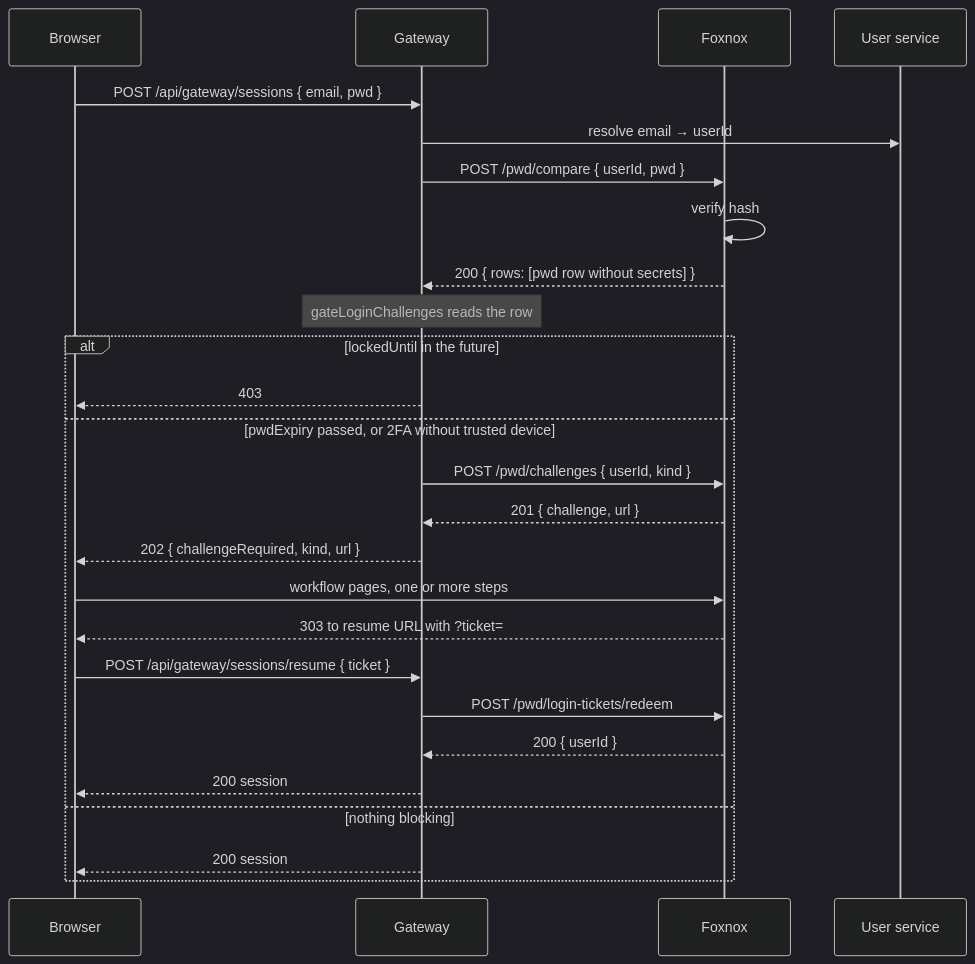
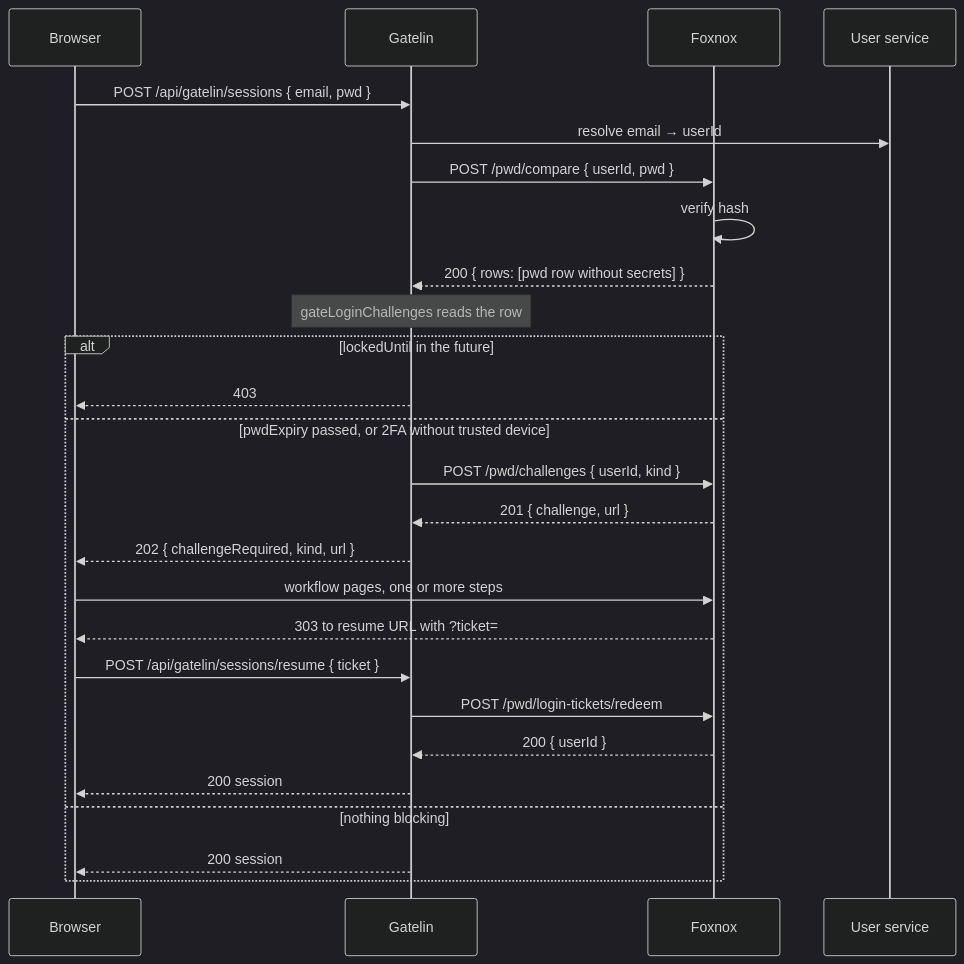
Before and after one commit to ALTEN-group/Foxnox: the diagram in website/docs/guide/architecture.md, drawn with Mermaid (dark theme). The commit also changed other lines of this file and 88 other files, not shown here.

````diff
--- a/website/docs/guide/architecture.md
+++ b/website/docs/guide/architecture.md
@@ -92,31 +101,31 @@
 ```mermaid
 sequenceDiagram
     participant B as Browser
-    participant G as Gateway
+    participant G as Gatelin
     participant F as Foxnox
     participant U as User service
 
-    B->>G: POST /api/gateway/sessions { email, pwd }
+    B->>G: POST /api/gatelin/sessions { email, pwd }
     G->>U: resolve email → userId
     G->>F: POST /pwd/compare { userId, pwd }
     F->>F: verify hash
     F-->>G: 200 { rows: [pwd row without secrets] }
 
     Note over G: gateLoginChallenges reads the row
 
     alt lockedUntil in the future
         G-->>B: 403
     else pwdExpiry passed, or 2FA without trusted device
         G->>F: POST /pwd/challenges { userId, kind }
         F-->>G: 201 { challenge, url }
         G-->>B: 202 { challengeRequired, kind, url }
         B->>F: workflow pages, one or more steps
         F-->>B: 303 to resume URL with ?ticket=
-        B->>G: POST /api/gateway/sessions/resume { ticket }
+        B->>G: POST /api/gatelin/sessions/resume { ticket }
         G->>F: POST /pwd/login-tickets/redeem
         F-->>G: 200 { userId }
         G-->>B: 200 session
     else nothing blocking
         G-->>B: 200 session
     end
 ```
````
